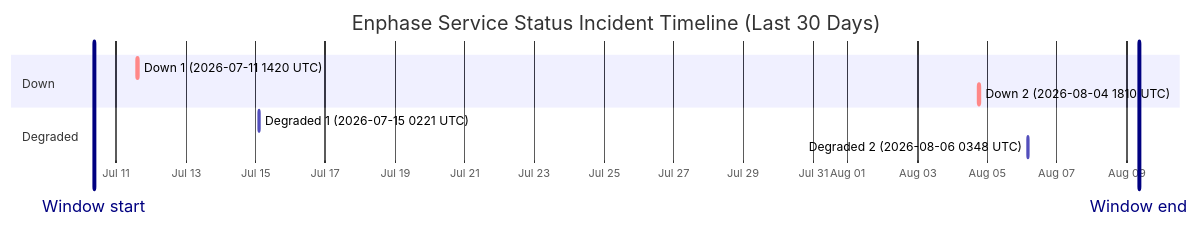
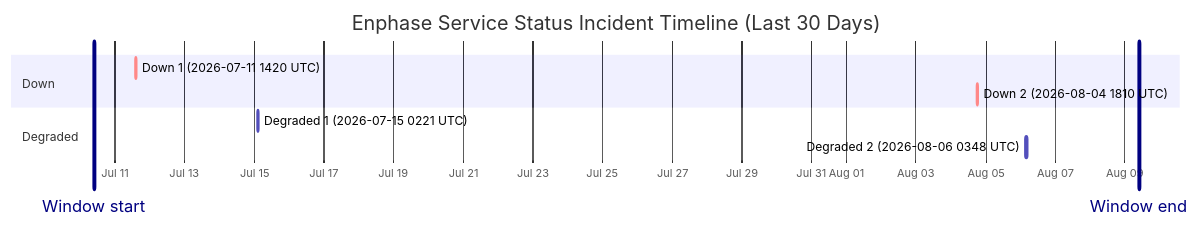
Before and after one commit to barneyonline/ha-enphase-energy: the diagram in wiki/Service-Status-History.md, drawn with Mermaid. The commit also changed other lines of this file and 3 other files, not shown here.

````diff
--- a/wiki/Service-Status-History.md
+++ b/wiki/Service-Status-History.md
@@ -14,14 +14,14 @@
 ```mermaid
 gantt
     title Enphase Service Status Incident Timeline (Last 30 Days)
     dateFormat  YYYY-MM-DDTHH:mm:ss
     axisFormat  %b %d
-    Window start :vert, window-start, 2026-07-10T08:39:50, 0ms
-    Window end :vert, window-end, 2026-08-09T08:39:50, 0ms
+    Window start :vert, window-start, 2026-07-10T09:37:02, 0ms
+    Window end :vert, window-end, 2026-08-09T09:37:02, 0ms
     section Down
     Down 1 (2026-07-11 1420 UTC) :crit, down-1, 2026-07-11T14:20:54, 69m
     Down 2 (2026-08-04 1810 UTC) :crit, down-2, 2026-08-04T18:10:46, 60m
     section Degraded
     Degraded 1 (2026-07-15 0221 UTC) :active, degraded-1, 2026-07-15T02:21:35, 60m
     Degraded 2 (2026-08-06 0348 UTC) :active, degraded-2, 2026-08-06T03:48:14, 60m
 ```
````
